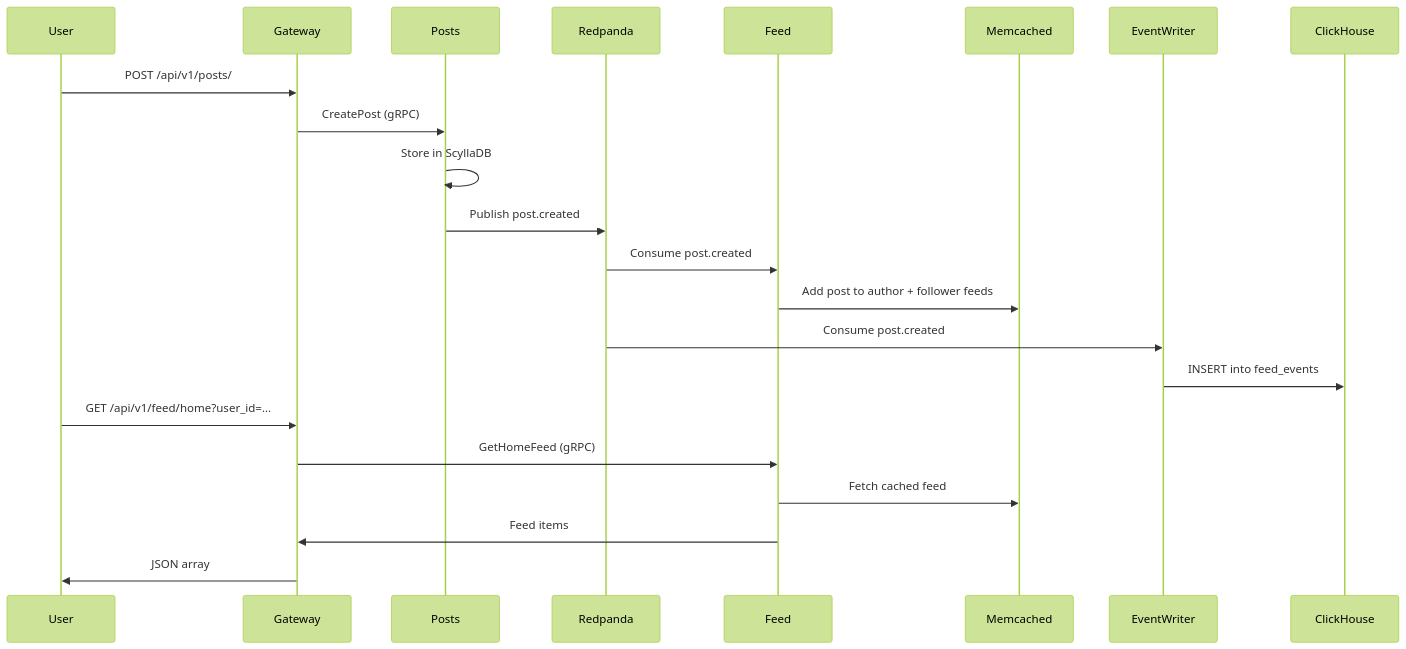
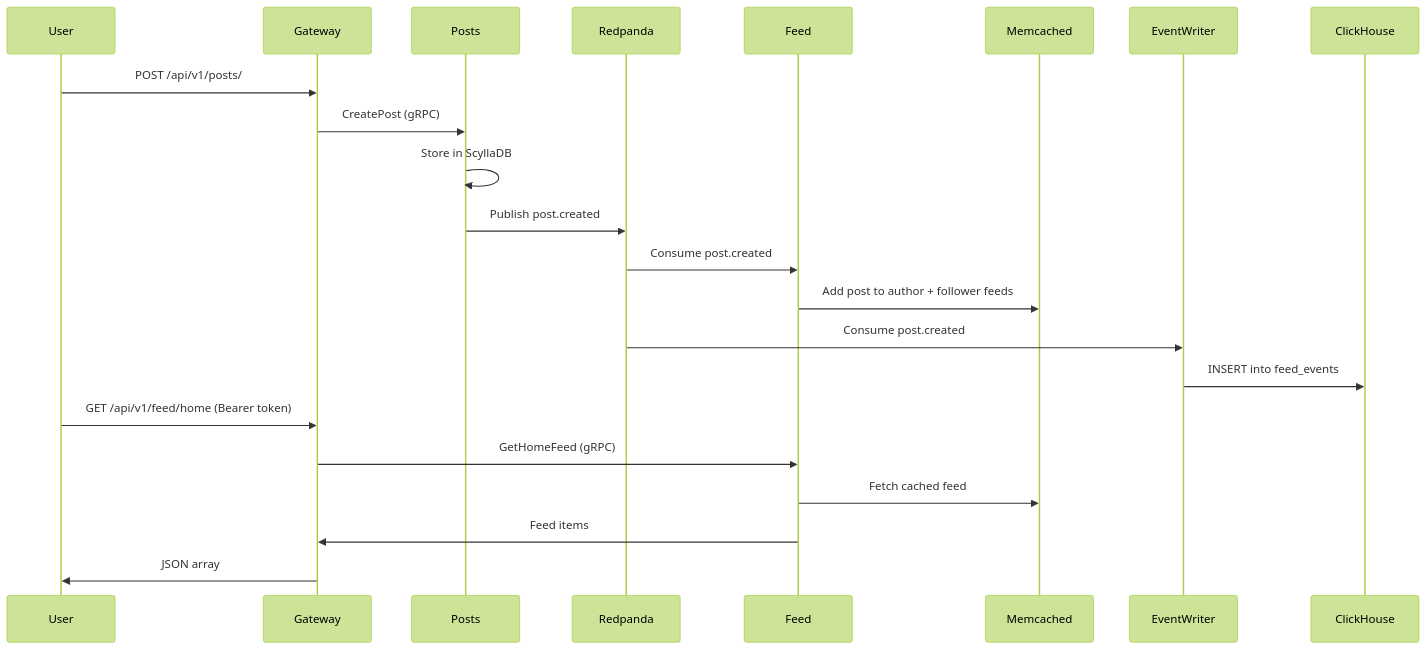
One commit to vahan-sahakyan/distributed-social-network changed the second of 2 diagrams in docs/architecture.md. Above: the diagram before and after it, drawn with Mermaid (forest theme). The commit also changed other lines of this file and 49 other files, not shown here.

````diff
--- a/docs/architecture.md
+++ b/docs/architecture.md
@@ -122,25 +125,25 @@
 ```mermaid
 sequenceDiagram
     participant User
     participant Gateway
     participant Posts
     participant Redpanda
     participant Feed
     participant Memcached
     participant EventWriter
     participant ClickHouse
 
     User->>Gateway: POST /api/v1/posts/
     Gateway->>Posts: CreatePost (gRPC)
     Posts->>Posts: Store in ScyllaDB
     Posts->>Redpanda: Publish post.created
     Redpanda->>Feed: Consume post.created
     Feed->>Memcached: Add post to author + follower feeds
     Redpanda->>EventWriter: Consume post.created
     EventWriter->>ClickHouse: INSERT into feed_events
-    User->>Gateway: GET /api/v1/feed/home?user_id=...
+    User->>Gateway: GET /api/v1/feed/home (Bearer token)
     Gateway->>Feed: GetHomeFeed (gRPC)
     Feed->>Memcached: Fetch cached feed
     Feed->>Gateway: Feed items
     Gateway->>User: JSON array
 ```
````
